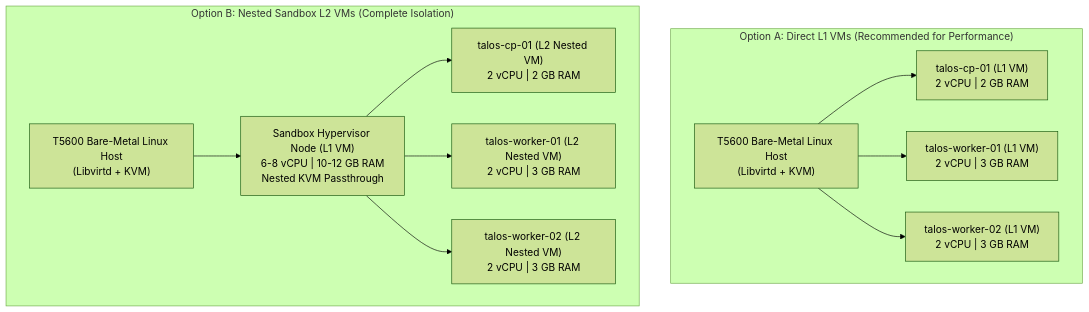
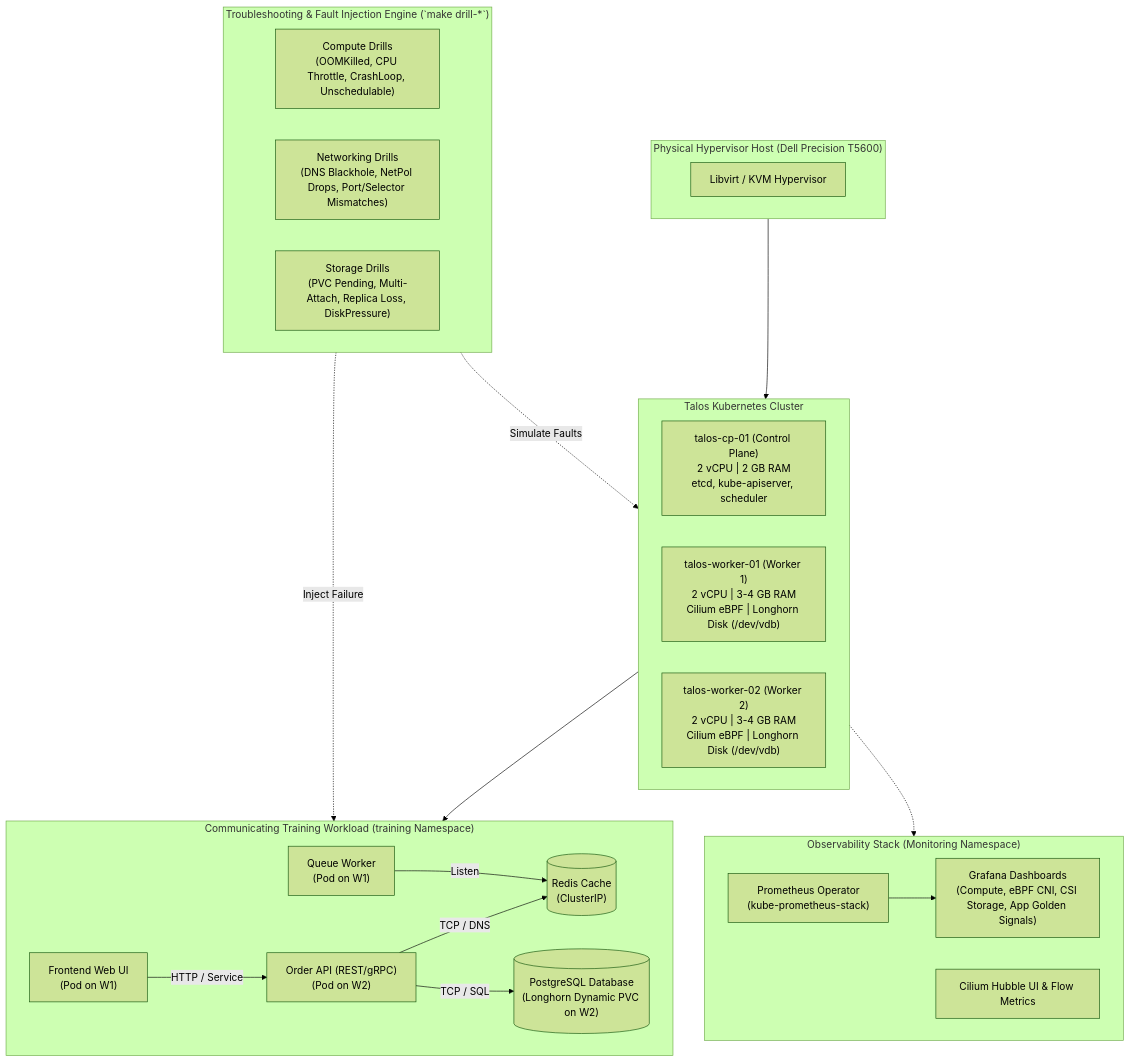
Before and after one commit to celttechie/talos-k8s-platform: the first of 2 diagrams in PLAN.md, drawn with Mermaid (forest theme). The commit also changed other lines of this file and 17 other files, not shown here.

First line of the commit message:
docs: update architecture blueprint for troubleshooting lab and observability (#24)

````diff
--- a/PLAN.md
+++ b/PLAN.md
@@ -14,17 +12,44 @@
 ```mermaid
 flowchart TD
-    subgraph OptionA ["Option A: Direct L1 VMs (Recommended for Performance)"]
-        T5600_A["T5600 Bare-Metal Linux Host\n(Libvirtd + KVM)"]
-        T5600_A --> CP_A["talos-cp-01 (L1 VM)\n2 vCPU | 2 GB RAM"]
-        T5600_A --> W1_A["talos-worker-01 (L1 VM)\n2 vCPU | 3 GB RAM"]
-        T5600_A --> W2_A["talos-worker-02 (L1 VM)\n2 vCPU | 3 GB RAM"]
+    subgraph Host ["Physical Hypervisor Host (Dell Precision T5600)"]
+        Libvirt["Libvirt / KVM Hypervisor"]
     end
 
-    subgraph OptionB ["Option B: Nested Sandbox L2 VMs (Complete Isolation)"]
-        T5600_B["T5600 Bare-Metal Linux Host\n(Libvirtd + KVM)"]
-        T5600_B --> Sandbox["Sandbox Hypervisor Node (L1 VM)\n6-8 vCPU | 10-12 GB RAM\nNested KVM Passthrough"]
-        Sandbox --> CP_B["talos-cp-01 (L2 Nested VM)\n2 vCPU | 2 GB RAM"]
-        Sandbox --> W1_B["talos-worker-01 (L2 Nested VM)\n2 vCPU | 3 GB RAM"]
-        Sandbox --> W2_B["talos-worker-02 (L2 Nested VM)\n2 vCPU | 3 GB RAM"]
+    subgraph Cluster ["Talos Kubernetes Cluster"]
+        CP["talos-cp-01 (Control Plane)\n2 vCPU | 2 GB RAM\netcd, kube-apiserver, scheduler"]
+        W1["talos-worker-01 (Worker 1)\n2 vCPU | 3-4 GB RAM\nCilium eBPF | Longhorn Disk (/dev/vdb)"]
+        W2["talos-worker-02 (Worker 2)\n2 vCPU | 3-4 GB RAM\nCilium eBPF | Longhorn Disk (/dev/vdb)"]
     end
+
+    subgraph Observability ["Observability Stack (Monitoring Namespace)"]
+        Prom["Prometheus Operator\n(kube-prometheus-stack)"]
+        Graf["Grafana Dashboards\n(Compute, eBPF CNI, CSI Storage, App Golden Signals)"]
+        Hubble["Cilium Hubble UI & Flow Metrics"]
+        Prom --> Graf
+    end
+
+    subgraph Workload ["Communicating Training Workload (training Namespace)"]
+        UI["Frontend Web UI\n(Pod on W1)"]
+        API["Order API (REST/gRPC)\n(Pod on W2)"]
+        Worker["Queue Worker\n(Pod on W1)"]
+        Cache[("Redis Cache\n(ClusterIP)")]
+        DB[("PostgreSQL Database\n(Longhorn Dynamic PVC on W2)")]
+
+        UI -->|HTTP / Service| API
+        API -->|TCP / DNS| Cache
+        API -->|TCP / SQL| DB
+        Worker -->|Listen| Cache
+    end
+
+    subgraph Drills ["Troubleshooting & Fault Injection Engine (`make drill-*`)"]
+        CompDrills["Compute Drills\n(OOMKilled, CPU Throttle, CrashLoop, Unschedulable)"]
+        NetDrills["Networking Drills\n(DNS Blackhole, NetPol Drops, Port/Selector Mismatches)"]
+        StorDrills["Storage Drills\n(PVC Pending, Multi-Attach, Replica Loss, DiskPressure)"]
+    end
+
+    Host --> Cluster
+    Cluster --> Workload
+    Cluster -.-> Observability
+    Drills -.->|Inject Failure| Workload
+    Drills -.->|Simulate Faults| Cluster
 ```
````
